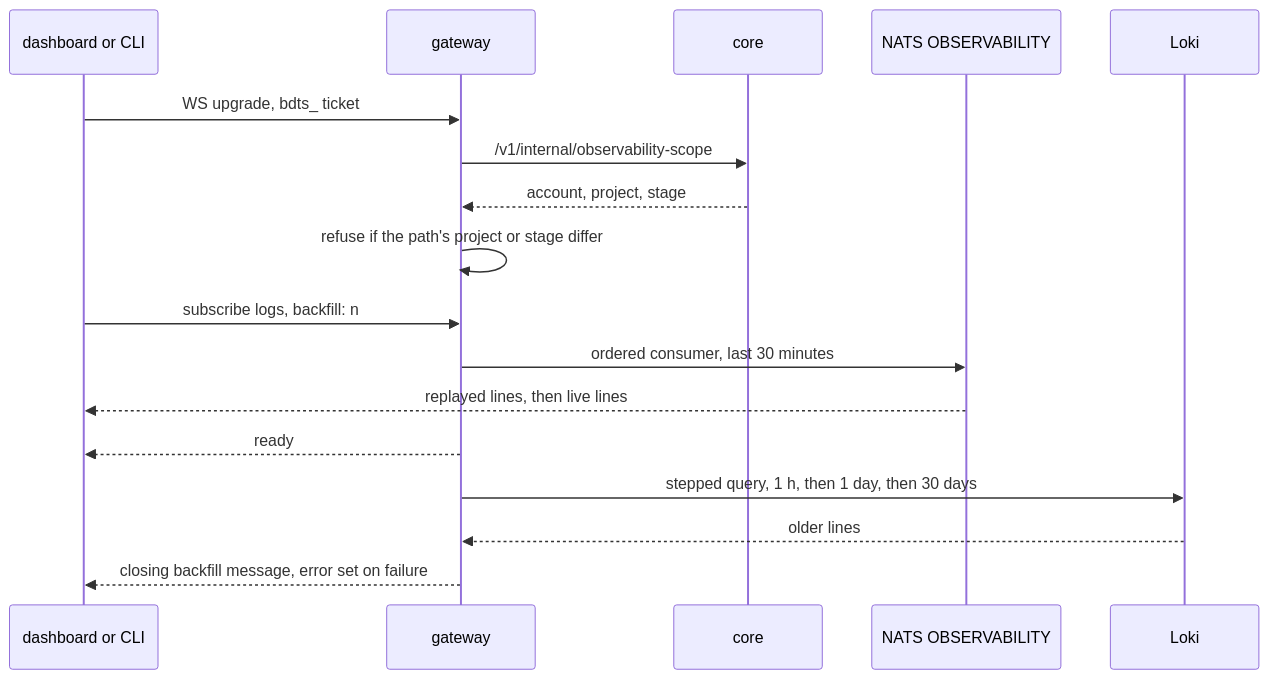
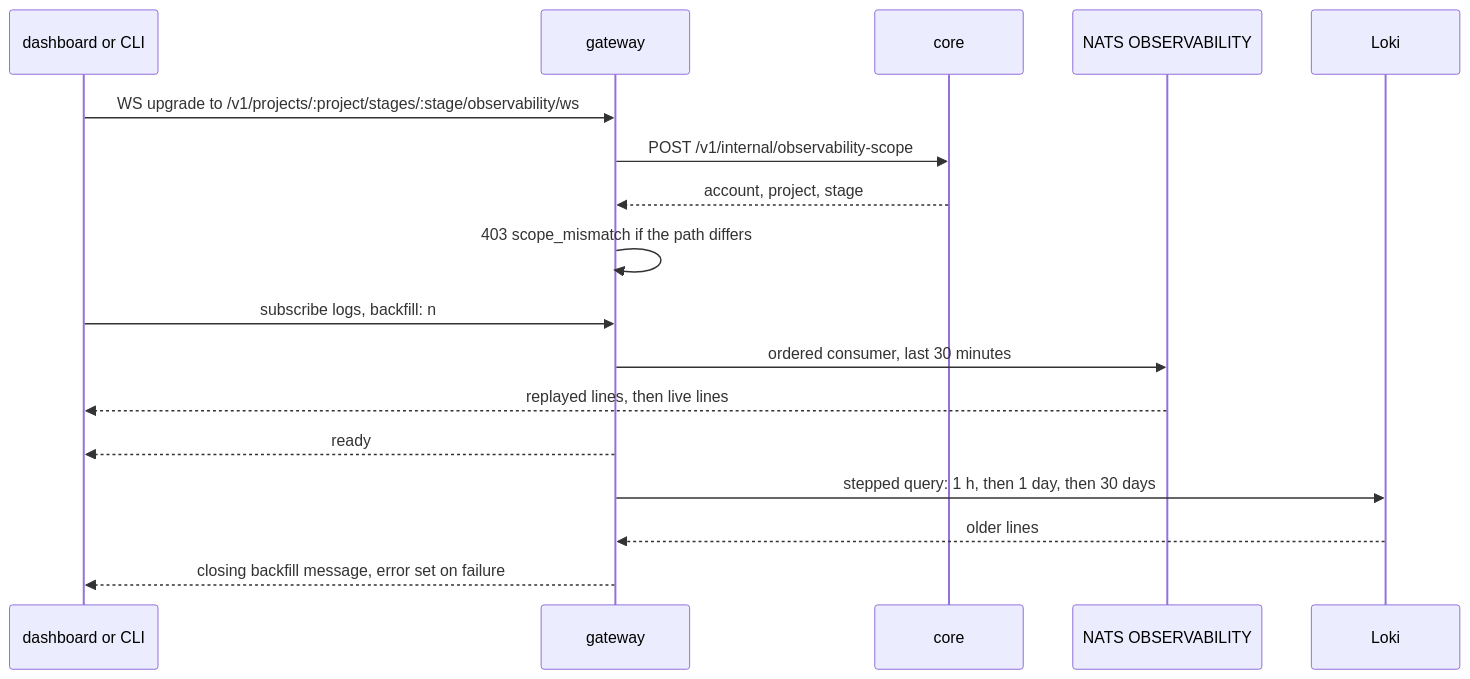
The second of 5 diagrams in apps/docs/docs/internals/observability.md (beeblastco/broods), drawn with Mermaid before and after one commit. The commit also changed other lines of this file and 13 other files, not shown here.

First line of the commit message:
docs(internals): diagram-first rewrite of the remaining internals pages

````diff
--- a/apps/docs/docs/internals/observability.md
+++ b/apps/docs/docs/internals/observability.md
@@ -52,20 +57,20 @@
 ```mermaid
 sequenceDiagram
   participant C as dashboard or CLI
   participant G as gateway
   participant Core as core
   participant N as NATS OBSERVABILITY
   participant L as Loki
 
-  C->>G: WS upgrade, bdts_ ticket
-  G->>Core: /v1/internal/observability-scope
+  C->>G: WS upgrade to /v1/projects/:project/stages/:stage/observability/ws
+  G->>Core: POST /v1/internal/observability-scope
   Core-->>G: account, project, stage
-  G->>G: refuse if the path's project or stage differ
+  G->>G: 403 scope_mismatch if the path differs
   C->>G: subscribe logs, backfill: n
   G->>N: ordered consumer, last 30 minutes
   N-->>C: replayed lines, then live lines
   G-->>C: ready
-  G->>L: stepped query, 1 h, then 1 day, then 30 days
+  G->>L: stepped query: 1 h, then 1 day, then 30 days
   L-->>G: older lines
   G-->>C: closing backfill message, error set on failure
 ```
````
